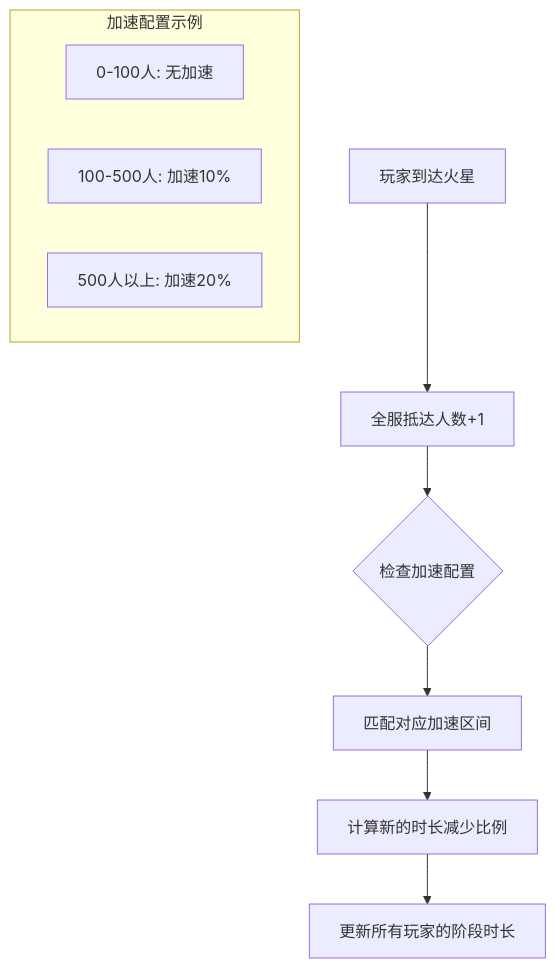
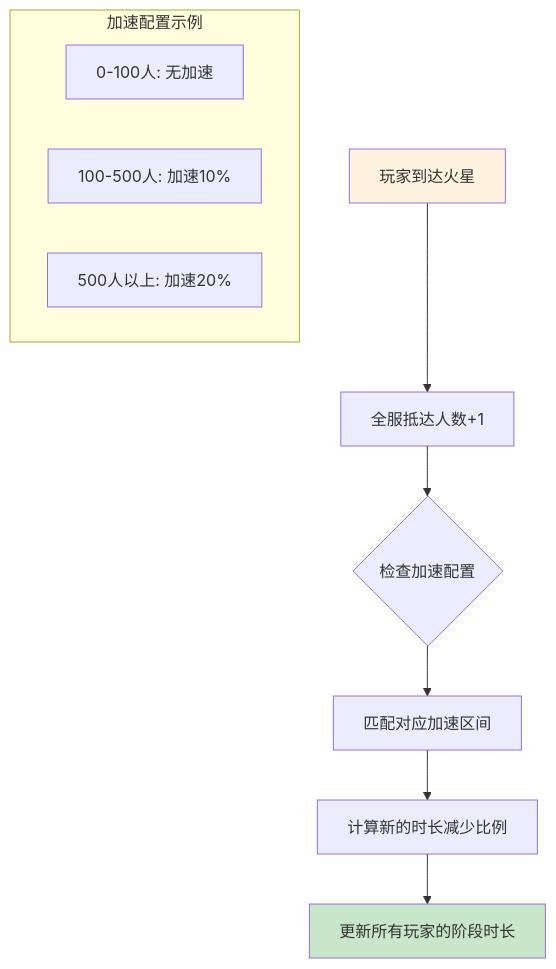
Diagram 12 of 13 in docs/Module_Mars/01_数据配表.md (Alan-Ben/k2c_game_framework), drawn with Mermaid before and after one commit. The commit also changed other lines of this file and 1 other file, not shown here.

````diff
--- a/docs/Module_Mars/01_数据配表.md
+++ b/docs/Module_Mars/01_数据配表.md
@@ -673,14 +1105,17 @@
 ```mermaid
 flowchart TD
     A[玩家到达火星] --> B[全服抵达人数+1]
     B --> C{检查加速配置}
     C --> D[匹配对应加速区间]
     D --> E[计算新的时长减少比例]
     E --> F[更新所有玩家的阶段时长]
 
     subgraph 加速配置示例
         G["0-100人: 无加速"]
         H["100-500人: 加速10%"]
         I["500人以上: 加速20%"]
     end
+
+    style A fill:#fff3e0
+    style F fill:#c8e6c9
 ```
````
